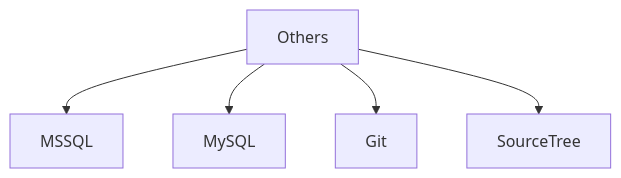
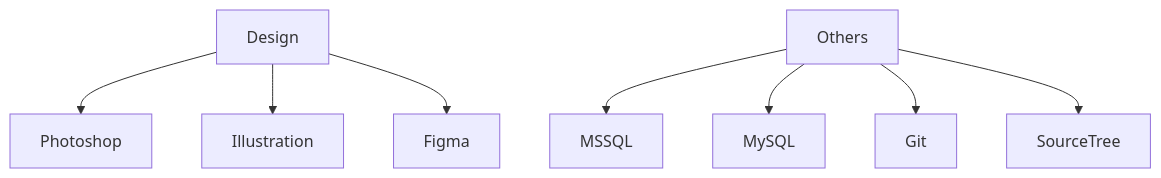
Before and after one commit to LuongXuanNhat/LuongXuanNhat: the second of 2 diagrams in README.md, drawn with Mermaid. The commit also changed other lines of this file, not shown here.

````diff
--- a/README.md
+++ b/README.md
@@ -46,7 +31,10 @@
 ```mermaid
 graph TD;
+    Design-->Photoshop;
+    Design-->Illustration;
+    Design-->Figma;
     Others-->MSSQL;
     Others-->MySQL;
     Others-->Git;
     Others-->SourceTree;
 ```  
````
